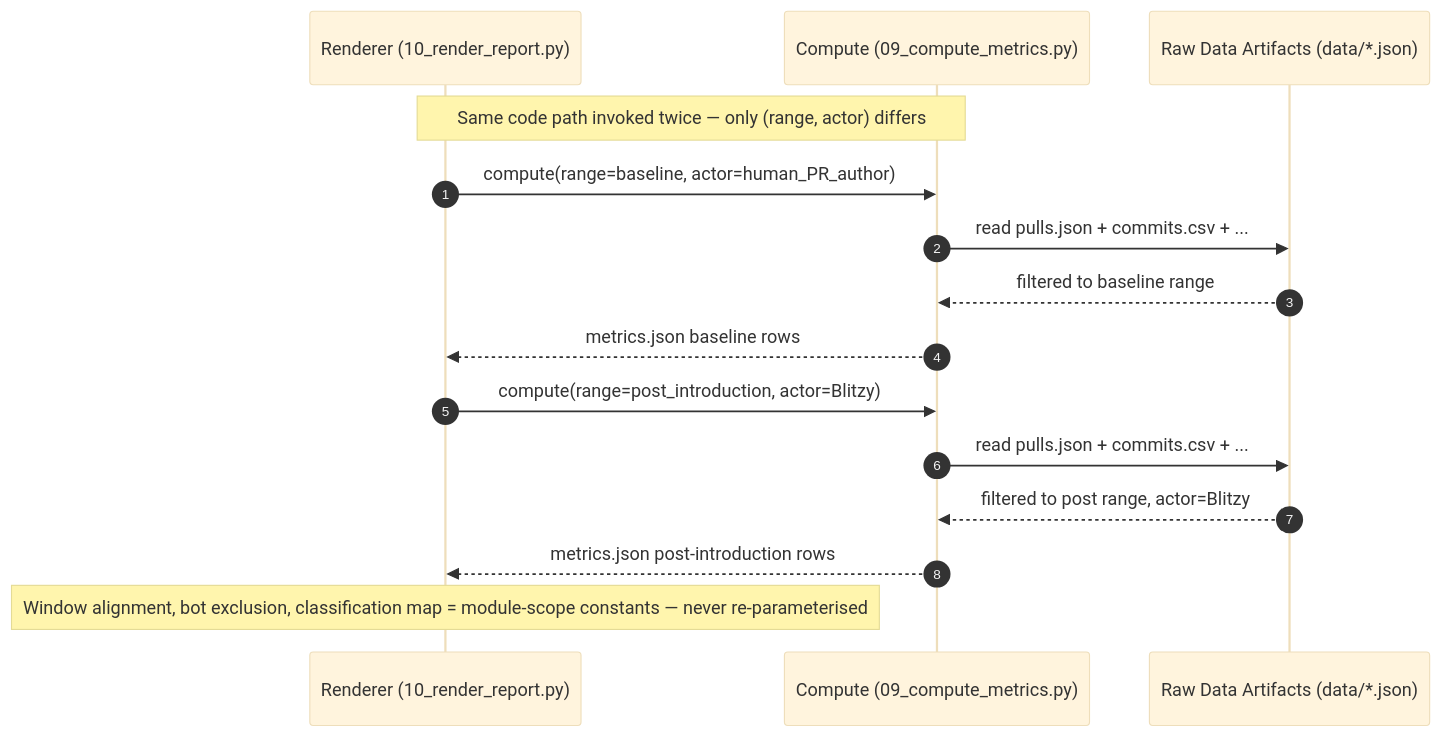
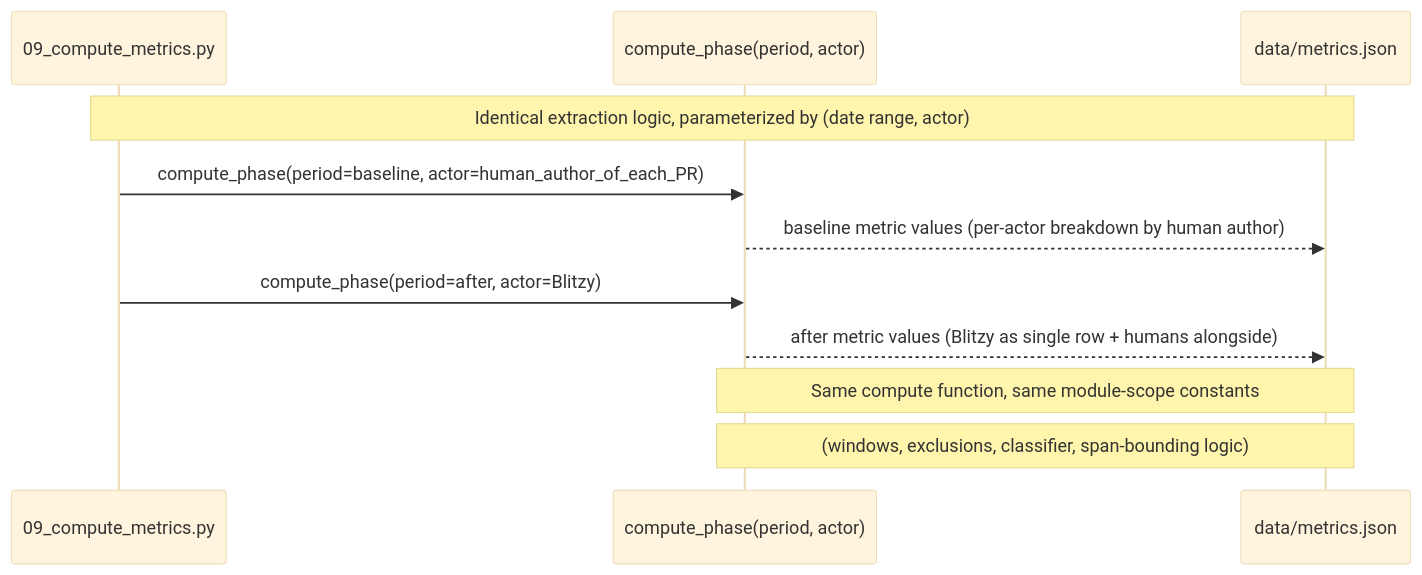
Before and after one commit to Blitzy-Sandbox/blitzy-RudderStack: the diagram in blitzy/acceleration-report/diagrams/engineering-actor-framing.mmd, drawn with Mermaid (base theme). The commit also changed 1 other file, not shown here.

```diff
--- a/blitzy/acceleration-report/diagrams/engineering-actor-framing.mmd
+++ b/blitzy/acceleration-report/diagrams/engineering-actor-framing.mmd
@@ -1,25 +1,24 @@
-%% Title: Engineering Actor Substitution — Baseline vs Post-Introduction
-%% Legend: The same compute function is invoked twice with different (date_range, actor) parameters.
-%% Baseline actor = human PR author. Post-Introduction actor = Blitzy (union of agent@blitzy.com + blitzy[bot]).
-%% This is the SOLE difference between baseline and post-introduction metric computation; all other inputs are module-scope constants.
-%% Cross-reference: DL-012 in decision-log.md.
-
+%% Title: Engineering Actor Substitution: Baseline = Human Author; After = Blitzy
+%% Legend:
+%%   Shows the same compute function called twice with different (period, actor) parameters.
+%%   This is the mechanical guarantee of identical methodology required by the user prompt:
+%%     "MUST use identical methodology for before and after periods —
+%%      same window alignment, same extraction logic, different date range."
+%%   The only differences between baseline and after extraction are:
+%%     1. period (the date range)
+%%     2. actor (the engineering actor parameter — human author of each PR in baseline;
+%%        Blitzy in after)
+%%   All other inputs (window alignment, bot exclusion list, classifier order,
+%%   span-bounding logic) are module-scope CONSTANTS and cannot diverge between periods.
+%%   See AAP §0.5.6 and decision-log.md DL-012 for the rationale.
 sequenceDiagram
-    autonumber
-    participant R as Renderer (10_render_report.py)
-    participant C as Compute (09_compute_metrics.py)
-    participant D as Raw Data Artifacts (data/*.json)
-
-    Note over R,C: Same code path invoked twice — only (range, actor) differs
-
-    R->>C: compute(range=baseline, actor=human_PR_author)
-    C->>D: read pulls.json + commits.csv + ...
-    D-->>C: filtered to baseline range
-    C-->>R: metrics.json baseline rows
-
-    R->>C: compute(range=post_introduction, actor=Blitzy)
-    C->>D: read pulls.json + commits.csv + ...
-    D-->>C: filtered to post range, actor=Blitzy
-    C-->>R: metrics.json post-introduction rows
-
-    Note over R: Window alignment, bot exclusion, classification map = module-scope constants — never re-parameterised
+    participant Pipeline as 09_compute_metrics.py
+    participant Compute as compute_phase(period, actor)
+    participant Data as data/metrics.json
+    Note over Pipeline,Data: Identical extraction logic, parameterized by (date range, actor)
+    Pipeline->>Compute: compute_phase(period=baseline, actor=human_author_of_each_PR)
+    Compute-->>Data: baseline metric values (per-actor breakdown by human author)
+    Pipeline->>Compute: compute_phase(period=after, actor=Blitzy)
+    Compute-->>Data: after metric values (Blitzy as single row + humans alongside)
+    Note over Compute,Data: Same compute function, same module-scope constants
+    Note over Compute,Data: (windows, exclusions, classifier, span-bounding logic)
```
